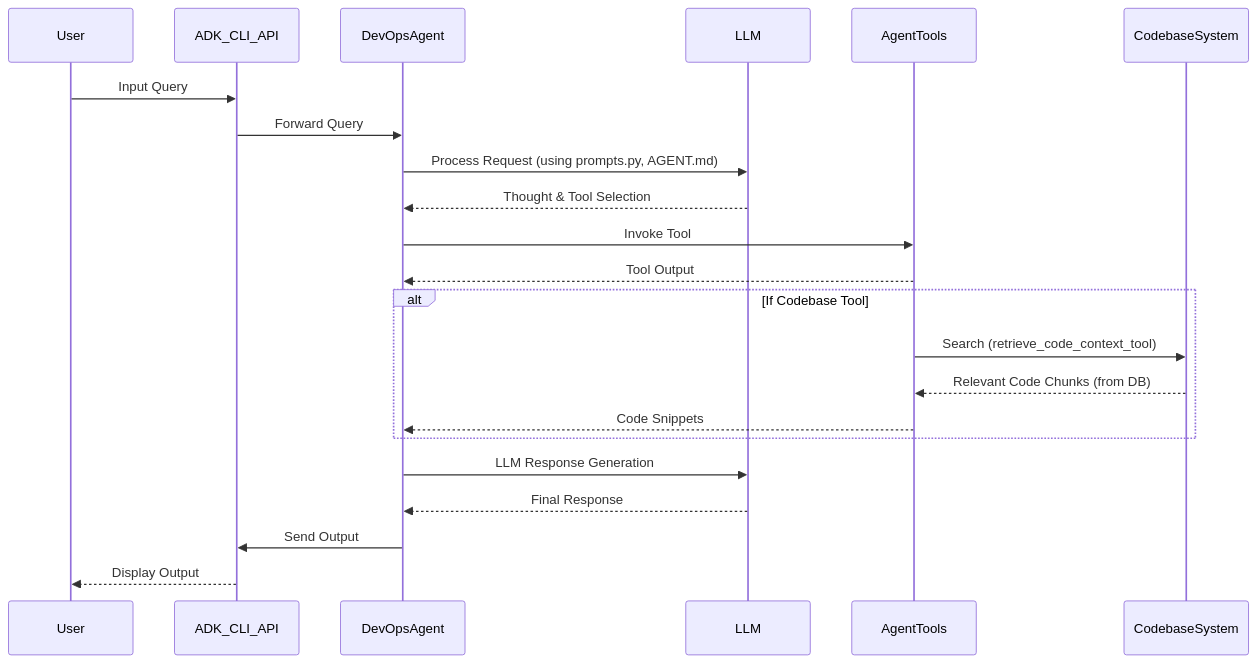
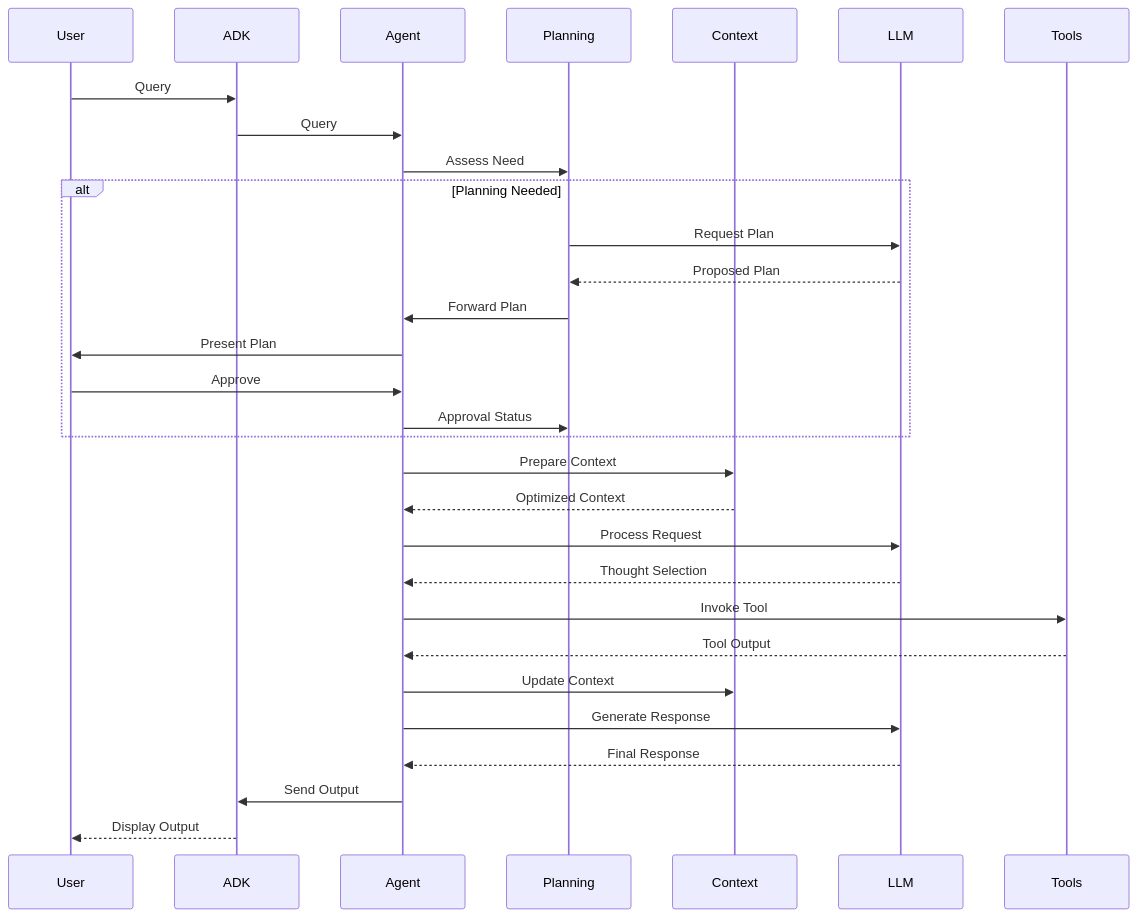
The fifth of 5 diagrams in README.md (BlueCentre/adk-agents), drawn with Mermaid before and after one commit. The commit also changed other lines of this file, not shown here.

Commit message:
docs: Agent updated README

````diff
--- a/README.md
+++ b/README.md
@@ -221,27 +241,33 @@
 ```mermaid
 sequenceDiagram
     participant User
-    participant ADK_CLI_API
-    participant DevOpsAgent
+    participant ADK
+    participant Agent
+    participant Planning
+    participant Context
     participant LLM
-    participant AgentTools
-    participant CodebaseSystem
+    participant Tools
 
-    User->>ADK_CLI_API: Input Query
-    ADK_CLI_API->>DevOpsAgent: Forward Query
-    DevOpsAgent->>LLM: Process Request (using prompts.py, AGENT.md)
-    LLM-->>DevOpsAgent: Thought & Tool Selection
-    DevOpsAgent->>AgentTools: Invoke Tool
-    AgentTools-->>DevOpsAgent: Tool Output
-
-    alt If Codebase Tool
-        AgentTools->>CodebaseSystem: Search (retrieve_code_context_tool)
-        CodebaseSystem-->>AgentTools: Relevant Code Chunks (from DB)
-        AgentTools-->>DevOpsAgent: Code Snippets
+    User->>ADK: Query
+    ADK->>Agent: Query
+    Agent->>Planning: Assess Need
+    alt Planning Needed
+        Planning->>LLM: Request Plan
+        LLM-->>Planning: Proposed Plan
+        Planning->>Agent: Forward Plan
+        Agent->>User: Present Plan
+        User->>Agent: Approve
+        Agent->>Planning: Approval Status
     end
-
-    DevOpsAgent->>LLM: LLM Response Generation
-    LLM-->>DevOpsAgent: Final Response
-    DevOpsAgent->>ADK_CLI_API: Send Output
-    ADK_CLI_API-->>User: Display Output
+    Agent->>Context: Prepare Context
+    Context-->>Agent: Optimized Context
+    Agent->>LLM: Process Request
+    LLM-->>Agent: Thought Selection
+    Agent->>Tools: Invoke Tool
+    Tools-->>Agent: Tool Output
+    Agent->>Context: Update Context
+    Agent->>LLM: Generate Response
+    LLM-->>Agent: Final Response
+    Agent->>ADK: Send Output
+    ADK-->>User: Display Output
 ```
````
